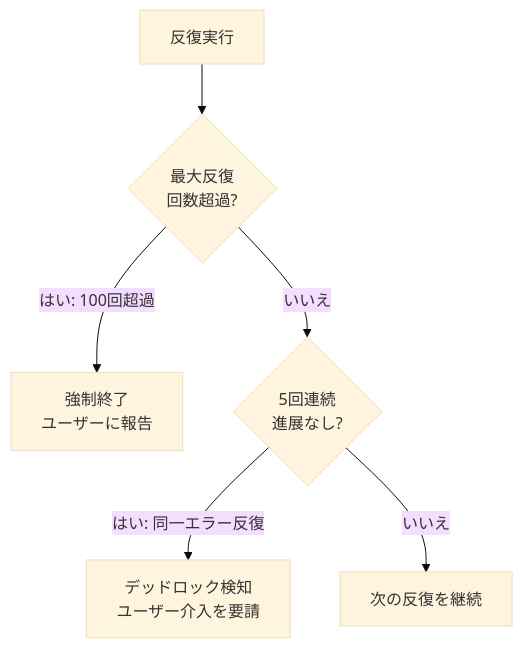
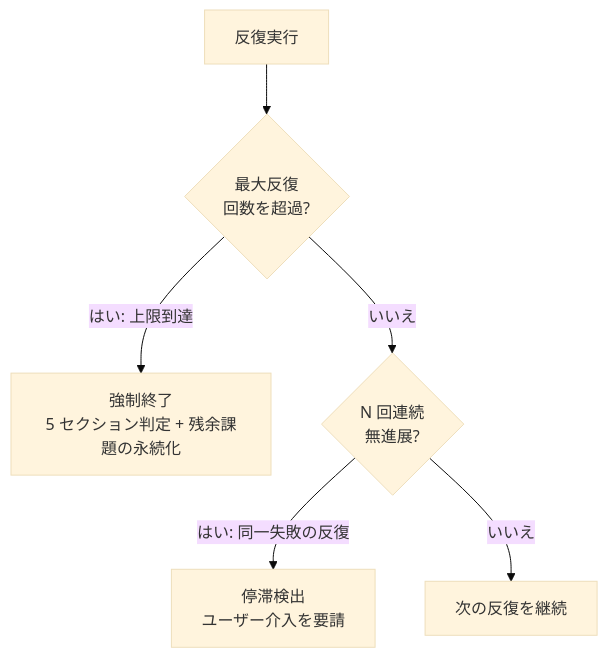
One commit to modu-ai/moai-adk changed the second of 4 diagrams in docs-site/content/ja/utility-commands/moai-loop.md. Above: the diagram before and after it, drawn with Mermaid (base theme). The commit also changed other lines of this file and 180 other files, not shown here.

````diff
--- a/docs-site/content/ja/utility-commands/moai-loop.md
+++ b/docs-site/content/ja/utility-commands/moai-loop.md
@@ -150,8 +162,8 @@
 ```mermaid
 flowchart TD
-    A[反復実行] --> B{最大反復<br/>回数超過?}
-    B -->|はい: 100回超過| C["強制終了<br/>ユーザーに報告"]
-    B -->|いいえ| D{5回連続<br/>進展なし?}
-    D -->|はい: 同一エラー反復| E["デッドロック検知<br/>ユーザー介入を要請"]
+    A[反復実行] --> B{最大反復<br/>回数を超過?}
+    B -->|はい: 上限到達| C["強制終了<br/>5 セクション判定 + 残余課題の永続化"]
+    B -->|いいえ| D{N 回連続<br/>無進展?}
+    D -->|はい: 同一失敗の反復| E["停滞検出<br/>ユーザー介入を要請"]
     D -->|いいえ| F[次の反復を継続]
 ```
````
